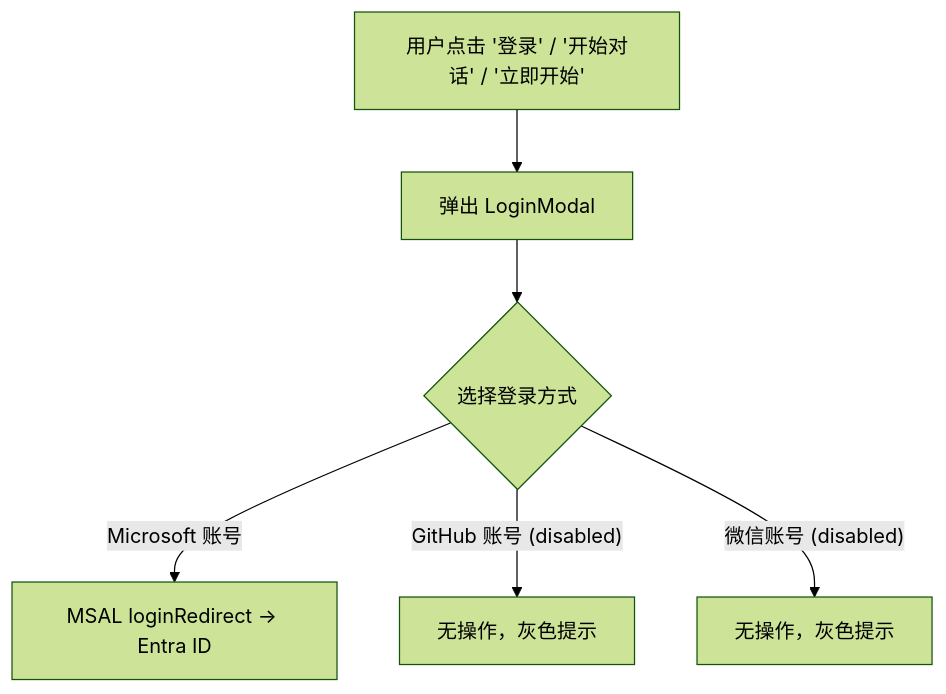
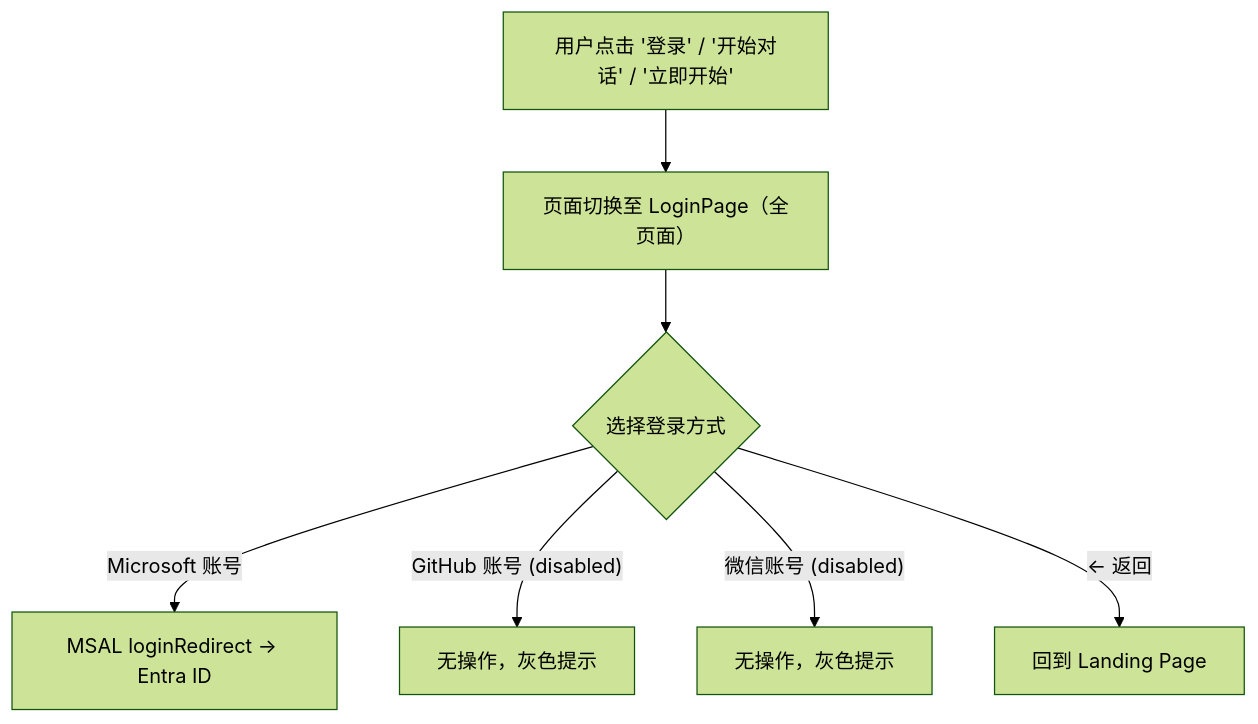
The fourth of 4 diagrams in personal-assistant-meta/issues/features/feature-landing-page/issue.md (T-1009/personal-assistant), drawn with Mermaid (forest theme) before and after one commit. The commit also changed other lines of this file, not shown here.

Commit message:
issue: Landing Page — LoginModal → full-page LoginPage with brand SVG icons

````diff
--- a/personal-assistant-meta/issues/features/feature-landing-page/issue.md
+++ b/personal-assistant-meta/issues/features/feature-landing-page/issue.md
@@ -343,8 +348,9 @@
 ```mermaid
 flowchart TD
-    A["用户点击 '登录' / '开始对话' / '立即开始'"] --> B["弹出 LoginModal"]
+    A["用户点击 '登录' / '开始对话' / '立即开始'"] --> B["页面切换至 LoginPage（全页面）"]
     B --> C{"选择登录方式"}
     C -->|"Microsoft 账号"| D["MSAL loginRedirect → Entra ID"]
     C -->|"GitHub 账号 (disabled)"| E["无操作，灰色提示"]
     C -->|"微信账号 (disabled)"| F["无操作，灰色提示"]
+    C -->|"← 返回"| G["回到 Landing Page"]
 ```
````
